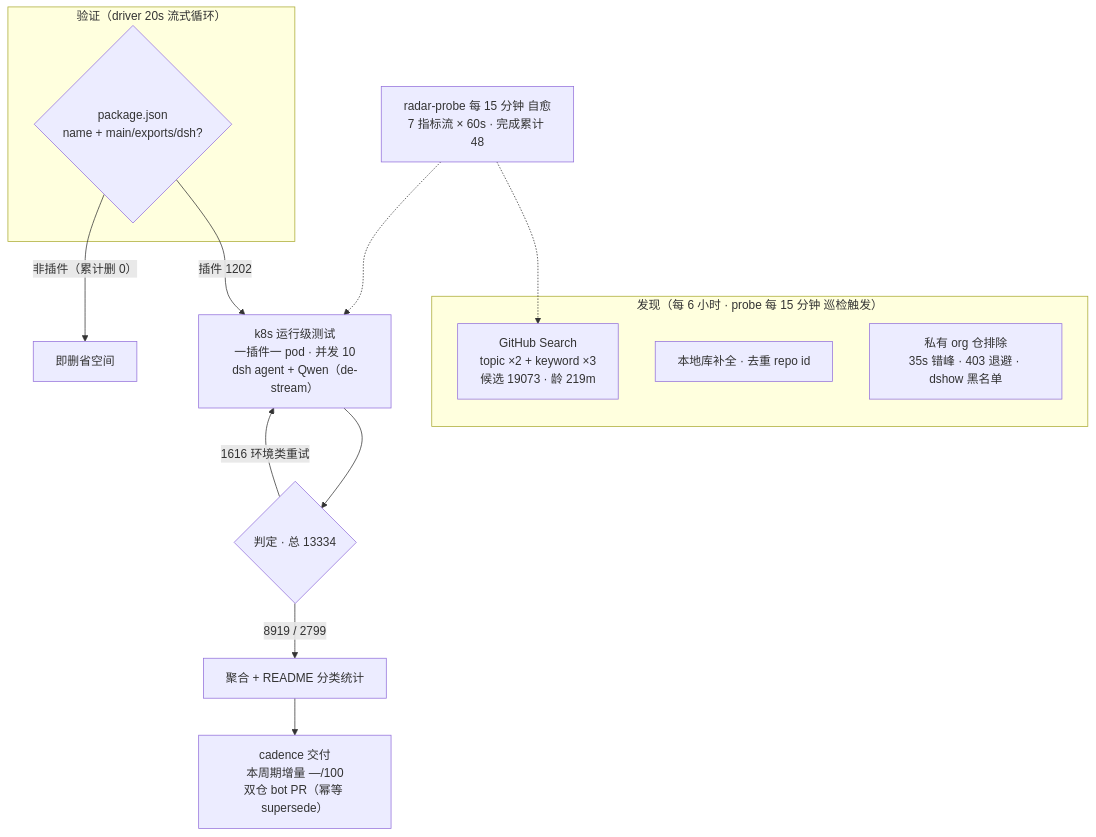
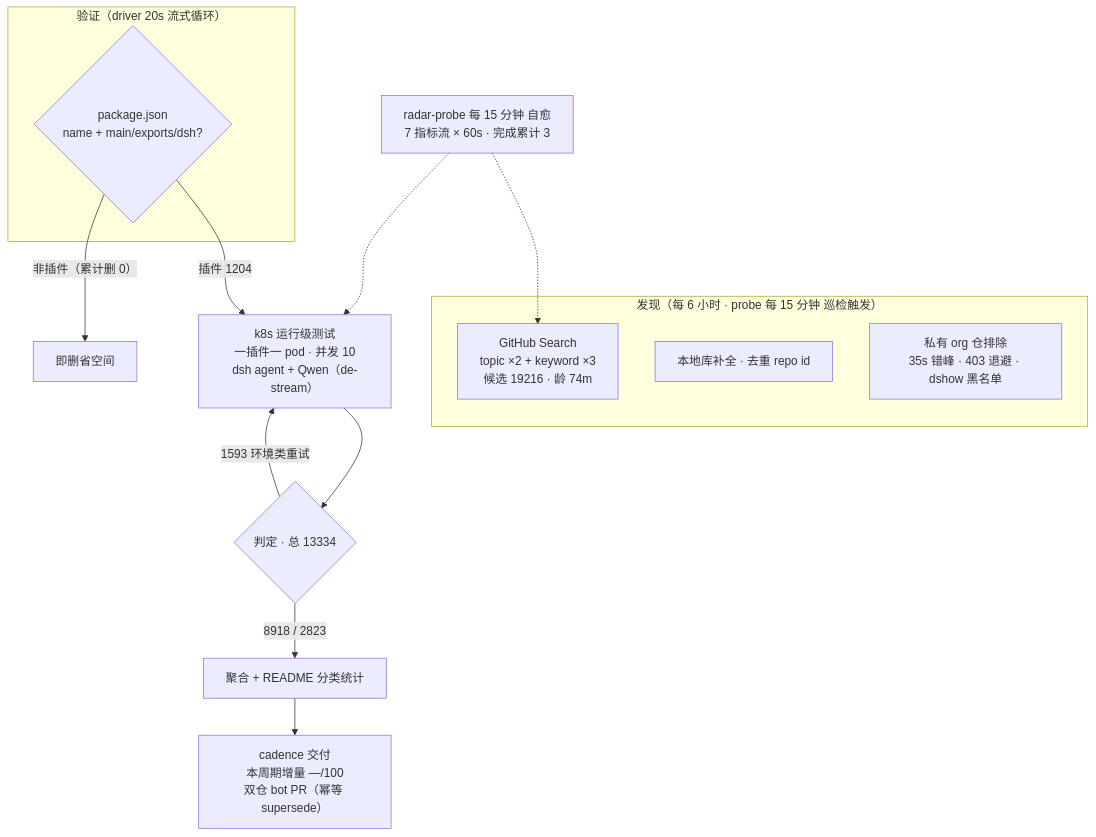
The diagram in README.md (Zhidao-Lab-OSS/awesome-dsh-plugins), drawn with Mermaid before and after one commit. The commit also changed other lines of this file and 1 other file, not shown here.

````diff
--- a/README.md
+++ b/README.md
@@ -54,20 +55,20 @@
 ```mermaid
 flowchart TB
     subgraph Discovery["发现（每 6 小时 · probe 每 15 分钟 巡检触发）"]
-        A1["GitHub Search<br/>topic ×2 + keyword ×3<br/>候选 19073 · 龄 219m"]
+        A1["GitHub Search<br/>topic ×2 + keyword ×3<br/>候选 19216 · 龄 74m"]
         A2["本地库补全 · 去重 repo id"]
         A3["私有 org 仓排除<br/>35s 错峰 · 403 退避 · dshow 黑名单"]
     end
     subgraph Validation["验证（driver 20s 流式循环）"]
         B1{"package.json<br/>name + main/exports/dsh?"}
     end
-    B1 -->|"插件 1202"| C1["k8s 运行级测试<br/>一插件一 pod · 并发 10<br/>dsh agent + Qwen（de-stream）"]
+    B1 -->|"插件 1204"| C1["k8s 运行级测试<br/>一插件一 pod · 并发 10<br/>dsh agent + Qwen（de-stream）"]
     B1 -->|"非插件（累计删 0）"| B3["即删省空间"]
     C1 --> D1{"判定 · 总 13334"}
-    D1 -->|"8919 / 2799"| E1["聚合 + README 分类统计"]
-    D1 -->|"1616 环境类重试"| C1
+    D1 -->|"8918 / 2823"| E1["聚合 + README 分类统计"]
+    D1 -->|"1593 环境类重试"| C1
     E1 --> E2["cadence 交付<br/>本周期增量 —/100<br/>双仓 bot PR（幂等 supersede）"]
-    M["radar-probe 每 15 分钟 自愈<br/>7 指标流 × 60s · 完成累计 48"]
+    M["radar-probe 每 15 分钟 自愈<br/>7 指标流 × 60s · 完成累计 3"]
     M -.-> A1
     M -.-> C1
 ```
````
